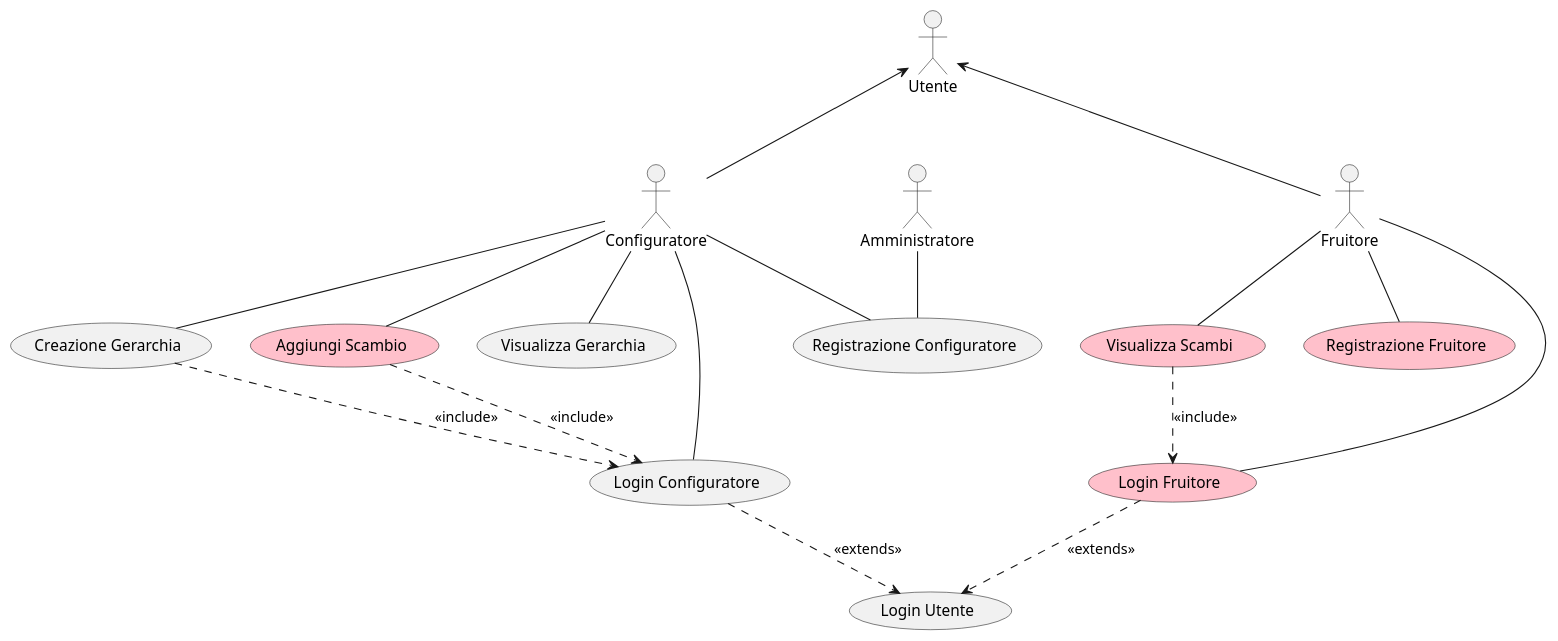
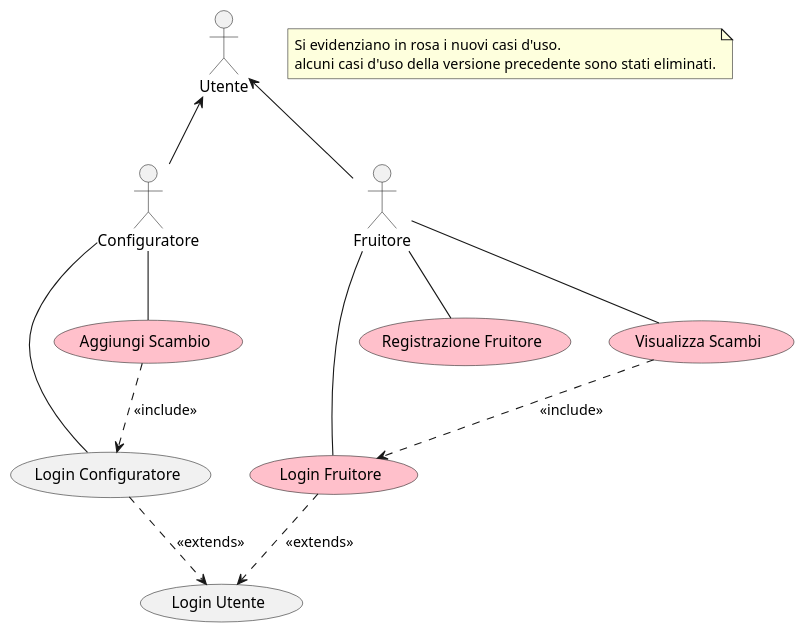
The diagram in Documentation/Ver2/usecase.puml (bernagit/IngegneriaSoftware), drawn with PlantUML before and after one commit. The commit also changed 21 other files, not shown here.

```diff
--- a/Documentation/Ver2/usecase.puml
+++ b/Documentation/Ver2/usecase.puml
@@ -1,39 +1,44 @@
 @startuml use_case
+
+note as n1
+    Si evidenziano in rosa i nuovi casi d'uso.
+    alcuni casi d'uso della versione precedente sono stati eliminati.
+endnote
 
 :Configuratore: as conf
 :Utente: as user
-:Amministratore: as admin
+':Amministratore: as admin
 conf -up-> user
 
 conf -- (Login Configuratore)
-conf -- (Visualizza Gerarchia)
-conf -- (Creazione Gerarchia)
-conf -- (Registrazione Configuratore)
+'conf -- (Visualizza Gerarchia)
+'conf -- (Creazione Gerarchia)
+'conf -- (Registrazione Configuratore)
 
-admin -- (Registrazione Configuratore)
+'admin -- (Registrazione Configuratore)
 
-(Creazione Gerarchia) ..> (Login Configuratore): <<include>>
+'(Creazione Gerarchia) ..> (Login Configuratore): <<include>>
 (Login Configuratore) ..> (Login Utente): <<extends>>
 
 'Versione 2'
 
 :Fruitore: as fruit
 fruit -up-> user
 
 (Aggiungi Scambio) #Pink
 (Login Fruitore) #Pink
 (Registrazione Fruitore) #Pink
 (Visualizza Scambi) #Pink
 
 conf --(Aggiungi Scambio)
 fruit -- (Visualizza Scambi)
 fruit -- (Registrazione Fruitore)
 fruit -- (Login Fruitore)
 
 (Login Fruitore) ..> (Login Utente): <<extends>>
 (Visualizza Scambi) ..> (Login Fruitore): <<include>>
 (Aggiungi Scambio) ..> (Login Configuratore): <<include>>
 
 
 
 @enduml
```
